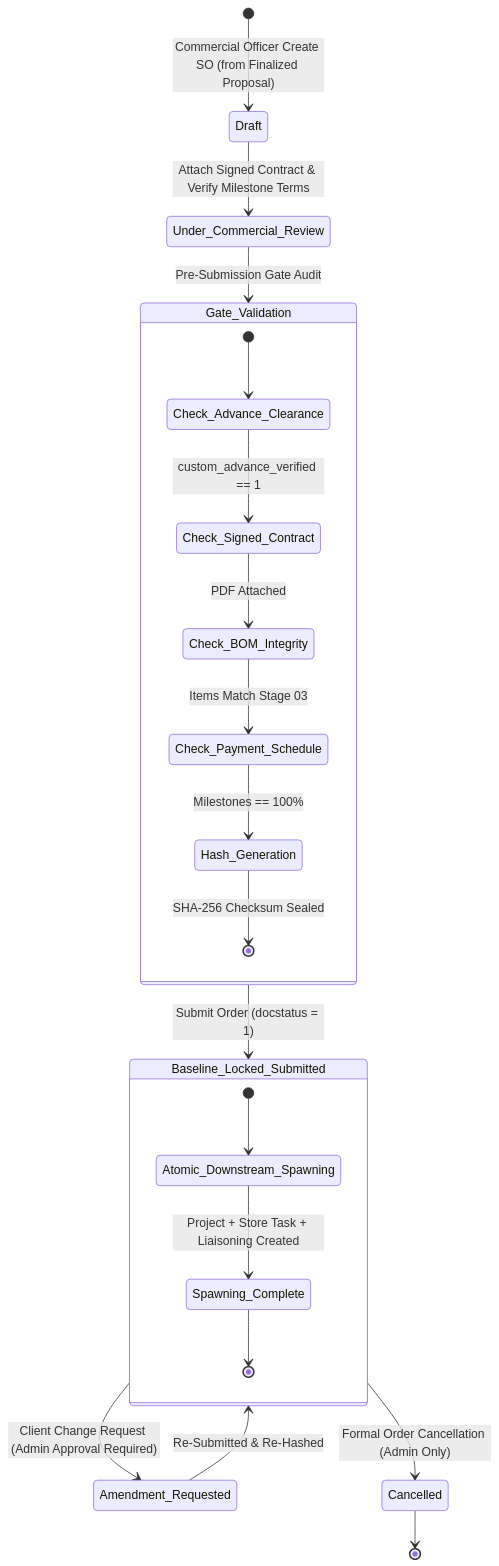
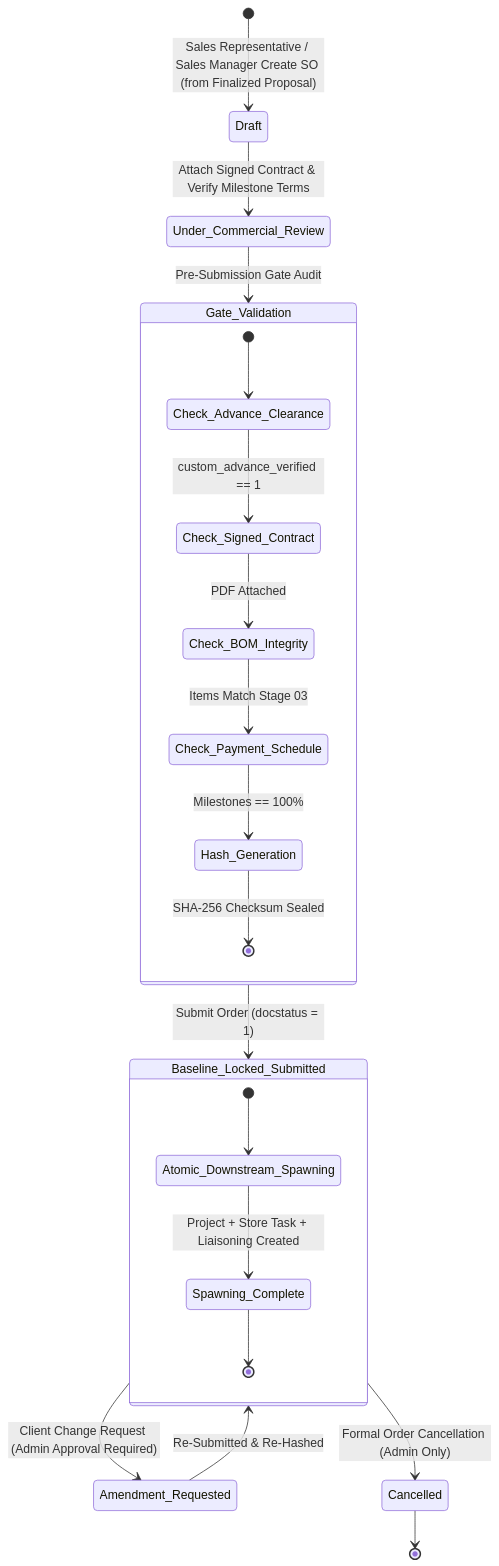
Before and after one commit to cbdits-yogesh/solar_module_planning_docs: the first of 2 diagrams in step_plans_for_ai/STEP_06_SALES_ORDER_BASELINE_SPECIFICATION.caveman.md, drawn with Mermaid. The commit also changed other lines of this file and 53 other files, not shown here.

````diff
--- a/step_plans_for_ai/STEP_06_SALES_ORDER_BASELINE_SPECIFICATION.caveman.md
+++ b/step_plans_for_ai/STEP_06_SALES_ORDER_BASELINE_SPECIFICATION.caveman.md
@@ -258,31 +259,31 @@
 ```mermaid
 stateDiagram-v2
-    [*] --> Draft: Commercial Officer Create SO (from Finalized Proposal)
+    [*] --> Draft: Sales Representative / Sales Manager Create SO (from Finalized Proposal)
 
     Draft --> Under_Commercial_Review: Attach Signed Contract & Verify Milestone Terms
 
     Under_Commercial_Review --> Gate_Validation: Pre-Submission Gate Audit
 
     state Gate_Validation {
         [*] --> Check_Advance_Clearance
         Check_Advance_Clearance --> Check_Signed_Contract: custom_advance_verified == 1
         Check_Signed_Contract --> Check_BOM_Integrity: PDF Attached
         Check_BOM_Integrity --> Check_Payment_Schedule: Items Match Stage 03
         Check_Payment_Schedule --> Hash_Generation: Milestones == 100%
         Hash_Generation --> [*]: SHA-256 Checksum Sealed
     }
 
     Gate_Validation --> Baseline_Locked_Submitted: Submit Order (docstatus = 1)
 
     state Baseline_Locked_Submitted {
         [*] --> Atomic_Downstream_Spawning
         Atomic_Downstream_Spawning --> Spawning_Complete: Project + Store Task + Liaisoning Created
         Spawning_Complete --> [*]
     }
 
     Baseline_Locked_Submitted --> Amendment_Requested: Client Change Request (Admin Approval Required)
     Amendment_Requested --> Baseline_Locked_Submitted: Re-Submitted & Re-Hashed
 
     Baseline_Locked_Submitted --> Cancelled: Formal Order Cancellation (Admin Only)
     Cancelled --> [*]
 ```
````
